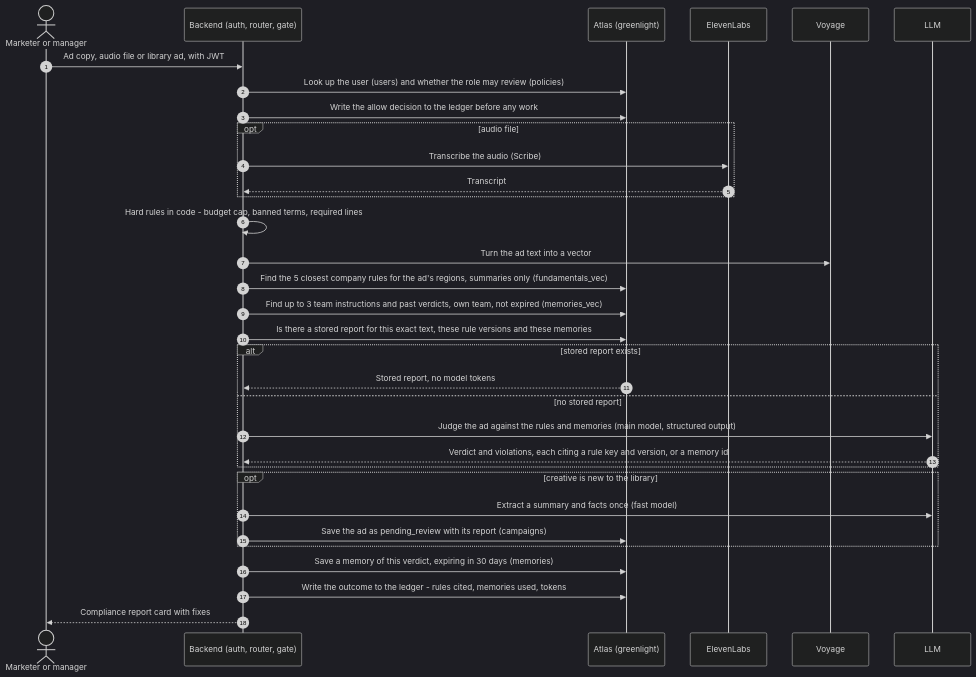
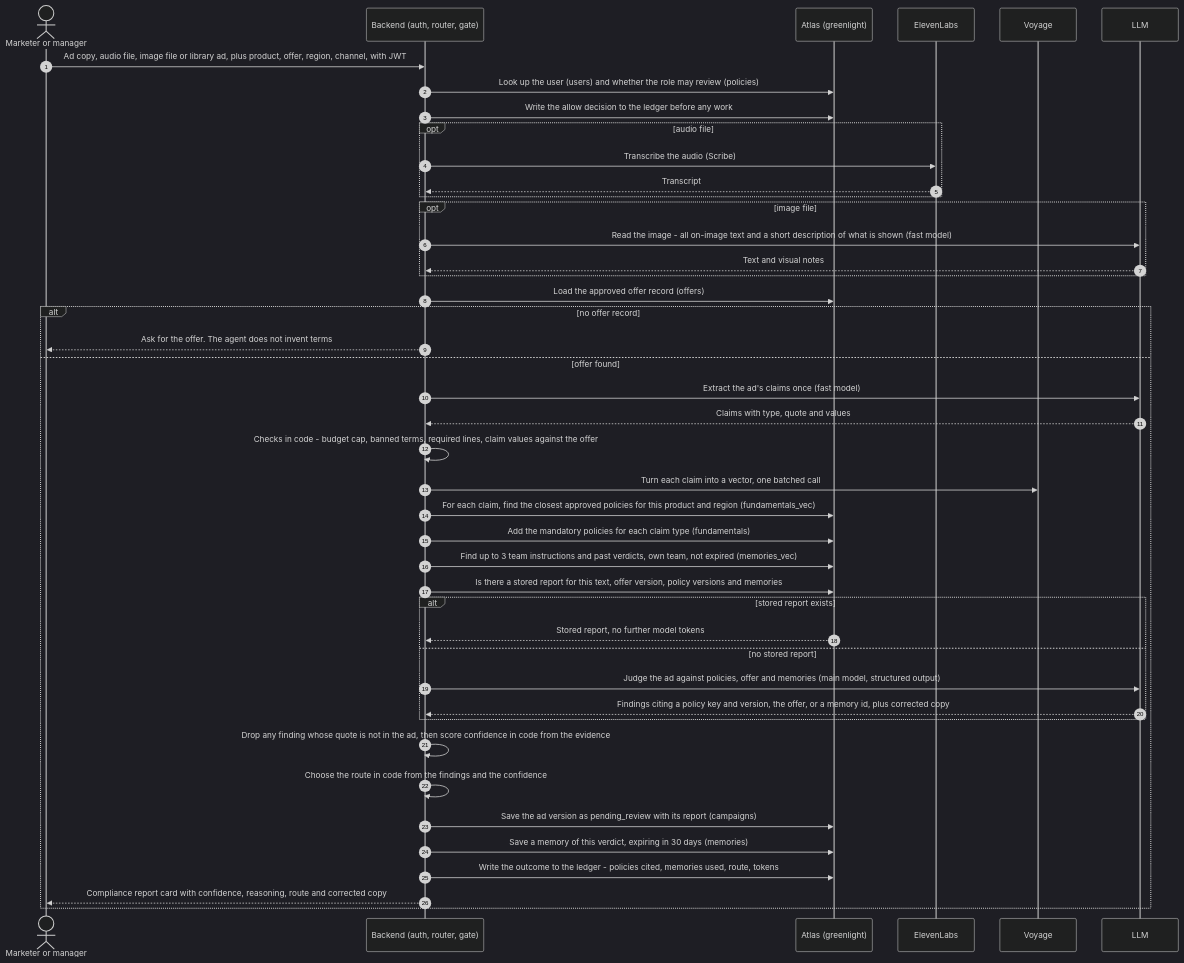
Before and after one commit to tusharraju7/mongodb-hackathon: the second of 6 diagrams in docs/FLOWS.md, drawn with Mermaid (dark theme). The commit also changed other lines of this file and 17 other files, not shown here.

First line of the commit message:
docs: credit card example, media in and out, confidence, MongoDB setup and seed data

````diff
--- a/docs/FLOWS.md
+++ b/docs/FLOWS.md
@@ -49,35 +58,46 @@
 ```mermaid
 sequenceDiagram
   autonumber
   actor U as Marketer or manager
   participant API as Backend (auth, router, gate)
   participant DB as Atlas (greenlight)
   participant E as ElevenLabs
   participant V as Voyage
   participant L as LLM
-  U->>API: Ad copy, audio file or library ad, with JWT
+  U->>API: Ad copy, audio file, image file or library ad, plus product, offer, region, channel, with JWT
   API->>DB: Look up the user (users) and whether the role may review (policies)
   API->>DB: Write the allow decision to the ledger before any work
   opt audio file
     API->>E: Transcribe the audio (Scribe)
     E-->>API: Transcript
   end
-  API->>API: Hard rules in code - budget cap, banned terms, required lines
-  API->>V: Turn the ad text into a vector
-  API->>DB: Find the 5 closest company rules for the ad's regions, summaries only (fundamentals_vec)
-  API->>DB: Find up to 3 team instructions and past verdicts, own team, not expired (memories_vec)
-  API->>DB: Is there a stored report for this exact text, these rule versions and these memories
-  alt stored report exists
-    DB-->>API: Stored report, no model tokens
-  else no stored report
-    API->>L: Judge the ad against the rules and memories (main model, structured output)
-    L-->>API: Verdict and violations, each citing a rule key and version, or a memory id
+  opt image file
+    API->>L: Read the image - all on-image text and a short description of what is shown (fast model)
+    L-->>API: Text and visual notes
   end
-  opt creative is new to the library
-    API->>L: Extract a summary and facts once (fast model)
-    API->>DB: Save the ad as pending_review with its report (campaigns)
+  API->>DB: Load the approved offer record (offers)
+  alt no offer record
+    API-->>U: Ask for the offer. The agent does not invent terms
+  else offer found
+    API->>L: Extract the ad's claims once (fast model)
+    L-->>API: Claims with type, quote and values
+    API->>API: Checks in code - budget cap, banned terms, required lines, claim values against the offer
+    API->>V: Turn each claim into a vector, one batched call
+    API->>DB: For each claim, find the closest approved policies for this product and region (fundamentals_vec)
+    API->>DB: Add the mandatory policies for each claim type (fundamentals)
+    API->>DB: Find up to 3 team instructions and past verdicts, own team, not expired (memories_vec)
+    API->>DB: Is there a stored report for this text, offer version, policy versions and memories
+    alt stored report exists
+      DB-->>API: Stored report, no further model tokens
+    else no stored report
+      API->>L: Judge the ad against policies, offer and memories (main model, structured output)
+      L-->>API: Findings citing a policy key and version, the offer, or a memory id, plus corrected copy
+    end
+    API->>API: Drop any finding whose quote is not in the ad, then score confidence in code from the evidence
+    API->>API: Choose the route in code from the findings and the confidence
+    API->>DB: Save the ad version as pending_review with its report (campaigns)
+    API->>DB: Save a memory of this verdict, expiring in 30 days (memories)
+    API->>DB: Write the outcome to the ledger - policies cited, memories used, route, tokens
+    API-->>U: Compliance report card with confidence, reasoning, route and corrected copy
   end
-  API->>DB: Save a memory of this verdict, expiring in 30 days (memories)
-  API->>DB: Write the outcome to the ledger - rules cited, memories used, tokens
-  API-->>U: Compliance report card with fixes
 ```
````
